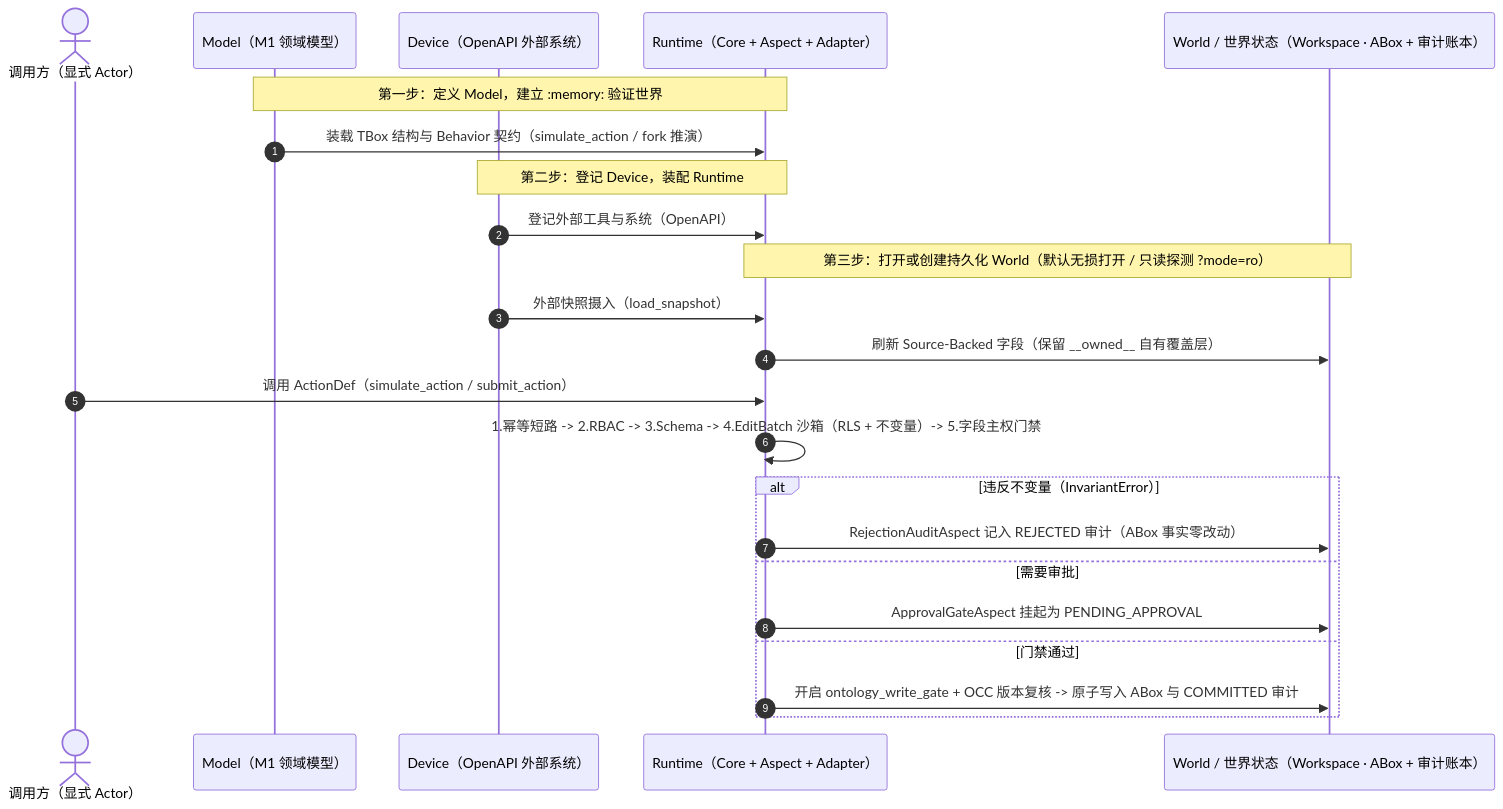
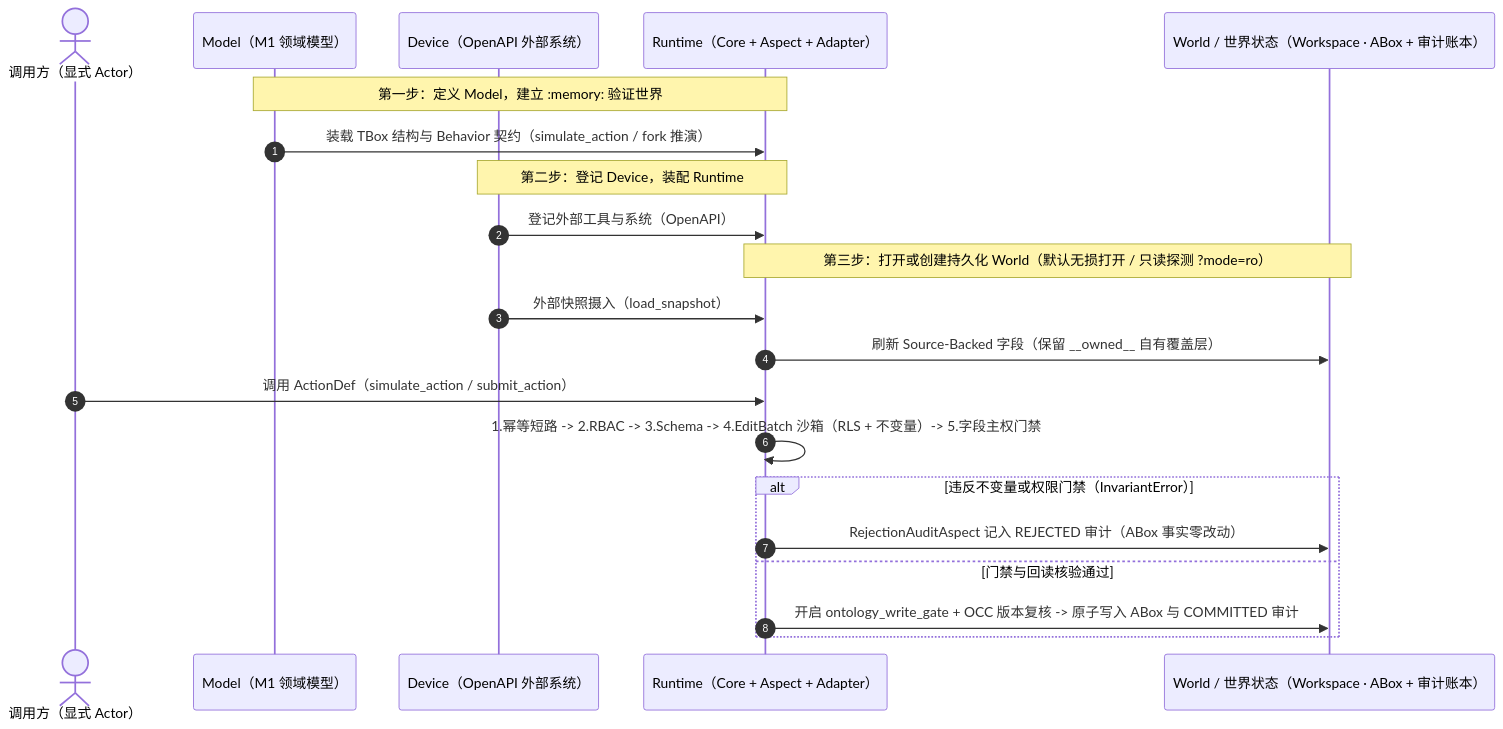
Before and after one commit to guci314/openontology: the third of 3 diagrams in docs/ARCHITECTURE.md, drawn with Mermaid. The commit also changed other lines of this file and 46 other files, not shown here.

Commit message:
refactor(phase4): retire M2 PENDING_APPROVAL staging and harden boundary gates

````diff
--- a/docs/ARCHITECTURE.md
+++ b/docs/ARCHITECTURE.md
@@ -163,29 +163,27 @@
 ```mermaid
 sequenceDiagram
     autonumber
     actor User as 调用方（显式 Actor）
     participant M as Model（M1 领域模型）
     participant D as Device（OpenAPI 外部系统）
     participant R as Runtime（Core + Aspect + Adapter）
     participant W as World / 世界状态（Workspace · ABox + 审计账本）
 
     Note over M,R: 第一步：定义 Model，建立 :memory: 验证世界
     M->>R: 装载 TBox 结构与 Behavior 契约（simulate_action / fork 推演）
 
     Note over D,R: 第二步：登记 Device，装配 Runtime
     D->>R: 登记外部工具与系统（OpenAPI）
 
     Note over R,W: 第三步：打开或创建持久化 World（默认无损打开 / 只读探测 ?mode=ro）
     D->>R: 外部快照摄入（load_snapshot）
     R->>W: 刷新 Source-Backed 字段（保留 __owned__ 自有覆盖层）
 
     User->>R: 调用 ActionDef（simulate_action / submit_action）
     R->>R: 1.幂等短路 -> 2.RBAC -> 3.Schema -> 4.EditBatch 沙箱（RLS + 不变量）-> 5.字段主权门禁
-    alt 违反不变量（InvariantError）
+    alt 违反不变量或权限门禁（InvariantError）
         R->>W: RejectionAuditAspect 记入 REJECTED 审计（ABox 事实零改动）
-    else 需要审批
-        R->>W: ApprovalGateAspect 挂起为 PENDING_APPROVAL
-    else 门禁通过
+    else 门禁与回读核验通过
         R->>W: 开启 ontology_write_gate + OCC 版本复核 -> 原子写入 ABox 与 COMMITTED 审计
     end
 ```
````
